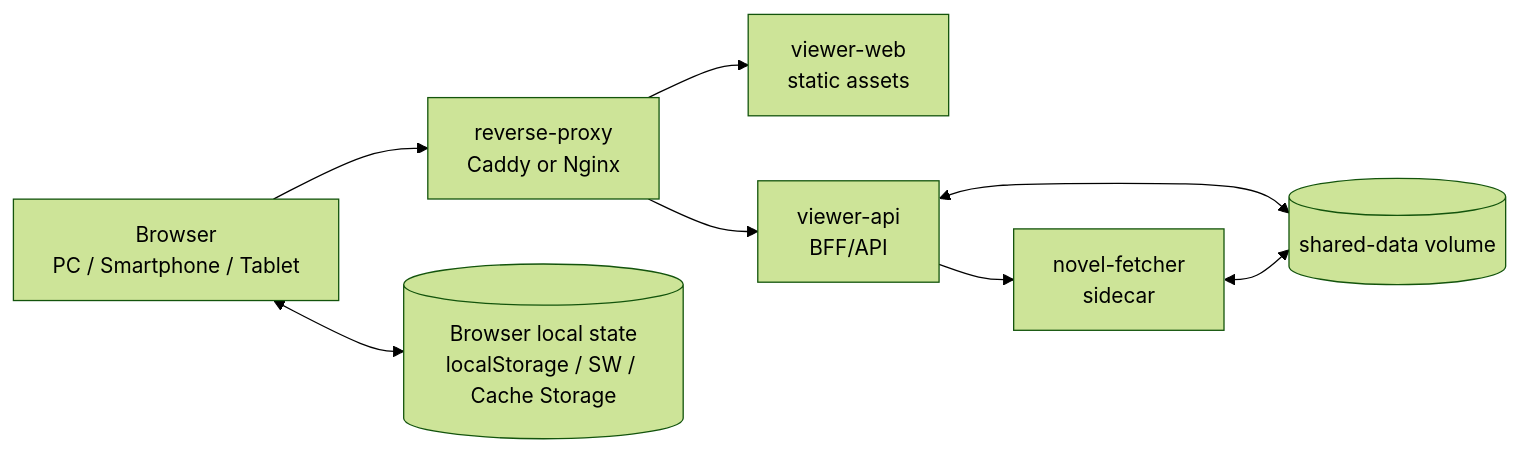
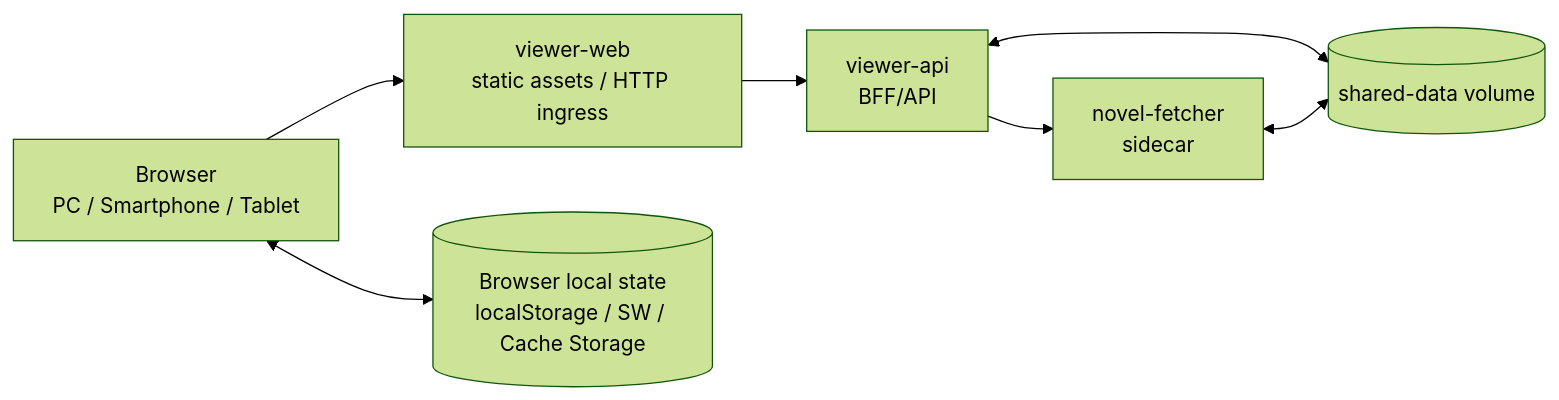
The second of 2 diagrams in docs/architecture.md (iuill/narou-viewer), drawn with Mermaid (forest theme) before and after one commit. The commit also changed other lines of this file and 7 other files, not shown here.

````diff
--- a/docs/architecture.md
+++ b/docs/architecture.md
@@ -35,18 +35,16 @@
 ```mermaid
 flowchart LR
   U[Browser<br/>PC / Smartphone / Tablet]
-  RP[reverse-proxy<br/>Caddy or Nginx]
-  WEB[viewer-web<br/>static assets]
+  WEB[viewer-web<br/>static assets / HTTP ingress]
   API[viewer-api<br/>BFF/API]
   NF[novel-fetcher<br/>sidecar]
   DATA[(shared-data volume)]
   BL[(Browser local state<br/>localStorage / SW / Cache Storage)]
 
-  U --> RP
-  RP --> WEB
-  RP --> API
+  U --> WEB
+  WEB --> API
   API --> NF
   API <--> DATA
   NF <--> DATA
   U <--> BL
 ```
````
